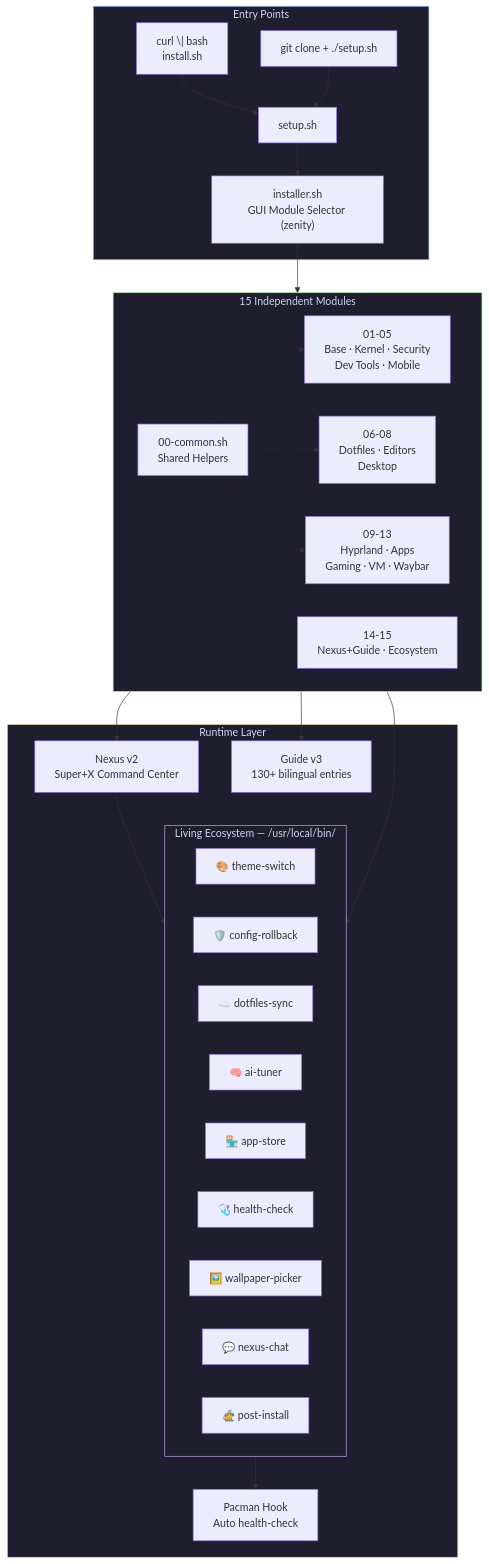
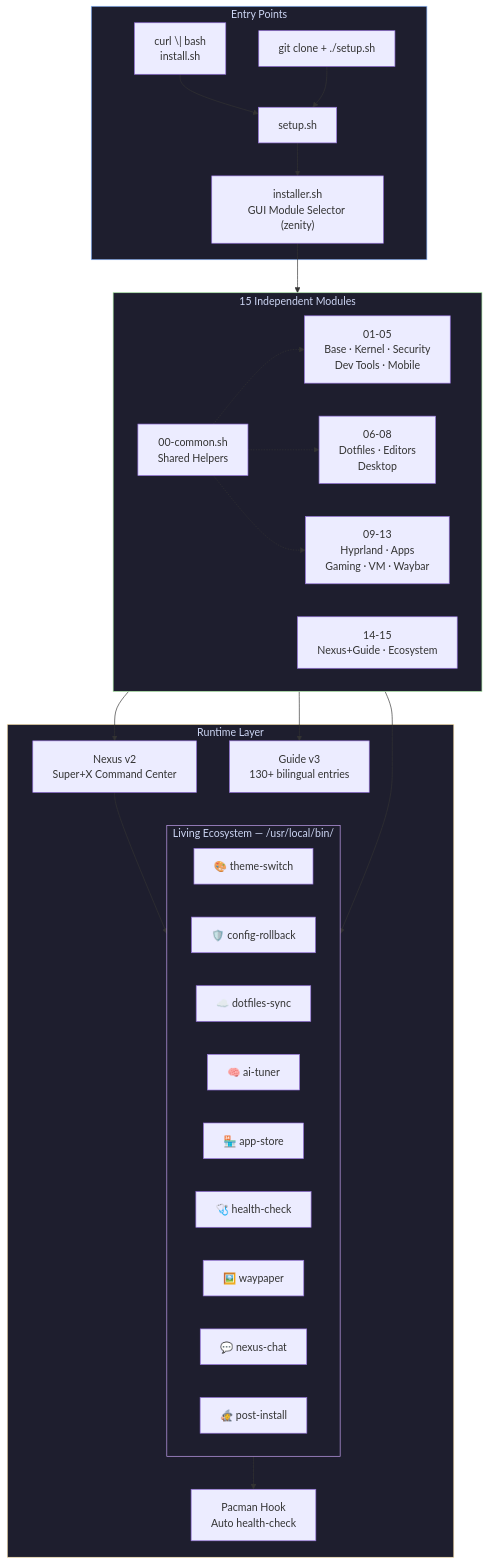
One commit to anantaarthasejahtera/CachyOS-Workstation-Setup changed the diagram in README.md. Above: the diagram before and after it, drawn with Mermaid. The commit also changed other lines of this file and 20 other files, not shown here.

````diff
--- a/README.md
+++ b/README.md
@@ -212,48 +211,48 @@
 ```mermaid
 flowchart TB
     subgraph Entry["Entry Points"]
         CURL["curl \| bash<br/>install.sh"] --> SETUP
         MANUAL["git clone + ./setup.sh"] --> SETUP
         SETUP["setup.sh"] --> GUI["installer.sh<br/>GUI Module Selector (zenity)"]
     end
 
     subgraph Modules["15 Independent Modules"]
         direction LR
         M00["00-common.sh<br/>Shared Helpers"] -.-> M01 & M06 & M09
         M01["01-05<br/>Base · Kernel · Security<br/>Dev Tools · Mobile"]
         M06["06-08<br/>Dotfiles · Editors<br/>Desktop"]
         M09["09-13<br/>Hyprland · Apps<br/>Gaming · VM · Waybar"]
         M14["14-15<br/>Nexus+Guide · Ecosystem"]
     end
 
     GUI --> Modules
 
     subgraph Ecosystem["Living Ecosystem — /usr/local/bin/"]
         direction LR
         TS["🎨 theme-switch"]
         CR["🛡️ config-rollback"]
         DS["☁️ dotfiles-sync"]
         AT["🧠 ai-tuner"]
         AS["🏪 app-store"]
         HC["🩺 health-check"]
-        WP["🖼️ wallpaper-picker"]
+        WP["🖼️ waypaper"]
         NC["💬 nexus-chat"]
         PI["🧙 post-install"]
     end
 
     M14 --> Ecosystem
 
     subgraph Runtime["Runtime Layer"]
         NEXUS["Nexus v2<br/>Super+X Command Center"] --> Ecosystem
         GUIDE["Guide v3<br/>130+ bilingual entries"]
         HOOK["Pacman Hook<br/>Auto health-check"]
     end
 
     M14 --> NEXUS & GUIDE
     HC --> HOOK
 
     style Entry fill:#1e1e2e,stroke:#89b4fa,color:#cdd6f4
     style Modules fill:#1e1e2e,stroke:#a6e3a1,color:#cdd6f4
     style Ecosystem fill:#1e1e2e,stroke:#cba6f7,color:#cdd6f4
     style Runtime fill:#1e1e2e,stroke:#f9e2af,color:#cdd6f4
 ```
````
